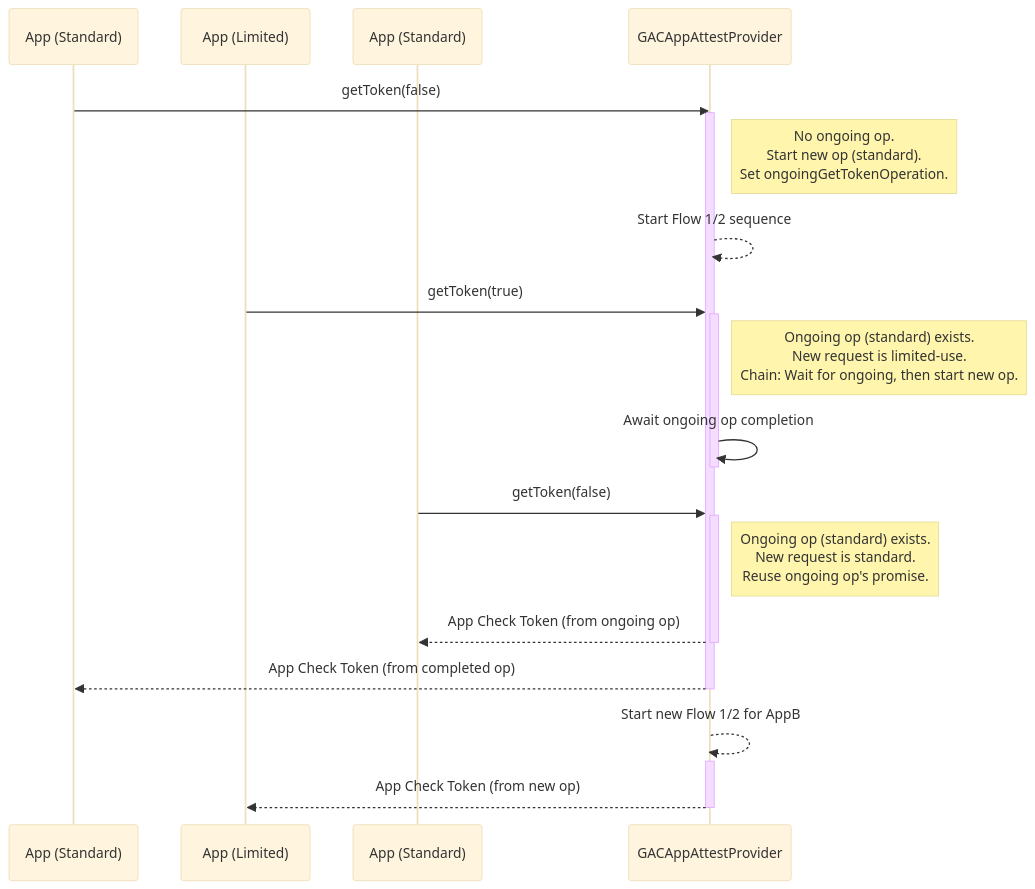
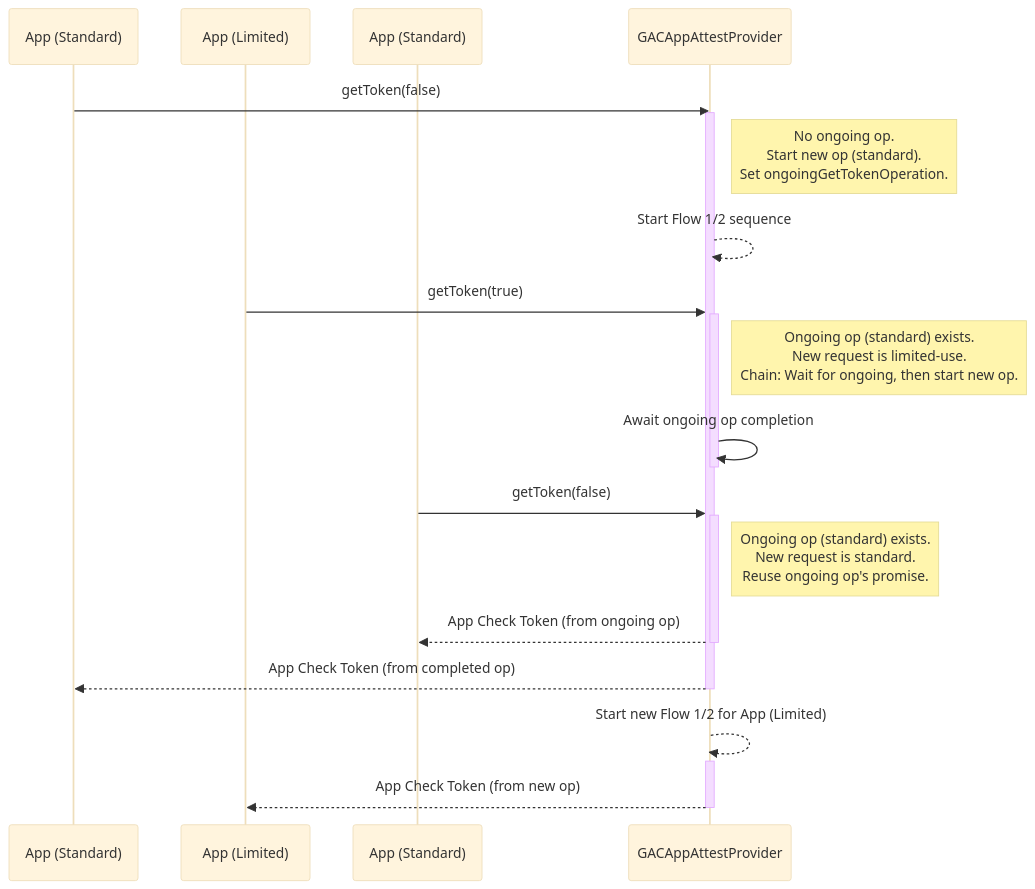
The second of 4 diagrams in docs/providers/app-attest.md (google/app-check), drawn with Mermaid (base theme) before and after one commit. The commit also changed other lines of this file, not shown here.

````diff
--- a/docs/providers/app-attest.md
+++ b/docs/providers/app-attest.md
@@ -120,32 +120,32 @@
 ```mermaid
 sequenceDiagram
     participant AppA as App (Standard)
     participant AppB as App (Limited)
     participant AppC as App (Standard)
     participant Provider as GACAppAttestProvider
     
     AppA->>Provider: getToken(false)
     activate Provider
     Note right of Provider: No ongoing op.<br/>Start new op (standard).<br/>Set ongoingGetTokenOperation.
     Provider-->>Provider: Start Flow 1/2 sequence
     
     AppB->>Provider: getToken(true)
     activate Provider
     Note right of Provider: Ongoing op (standard) exists.<br/>New request is limited-use.<br/>Chain: Wait for ongoing, then start new op.
     Provider->>Provider: Await ongoing op completion
     deactivate Provider
 
     AppC->>Provider: getToken(false)
     activate Provider
     Note right of Provider: Ongoing op (standard) exists.<br/>New request is standard.<br/>Reuse ongoing op's promise.
     Provider-->>AppC: App Check Token (from ongoing op)
     deactivate Provider
 
     Provider-->>AppA: App Check Token (from completed op)
     deactivate Provider
 
-    Provider-->>Provider: Start new Flow 1/2 for AppB
+    Provider-->>Provider: Start new Flow 1/2 for App (Limited)
     activate Provider
     Provider-->>AppB: App Check Token (from new op)
     deactivate Provider
 ```
````
